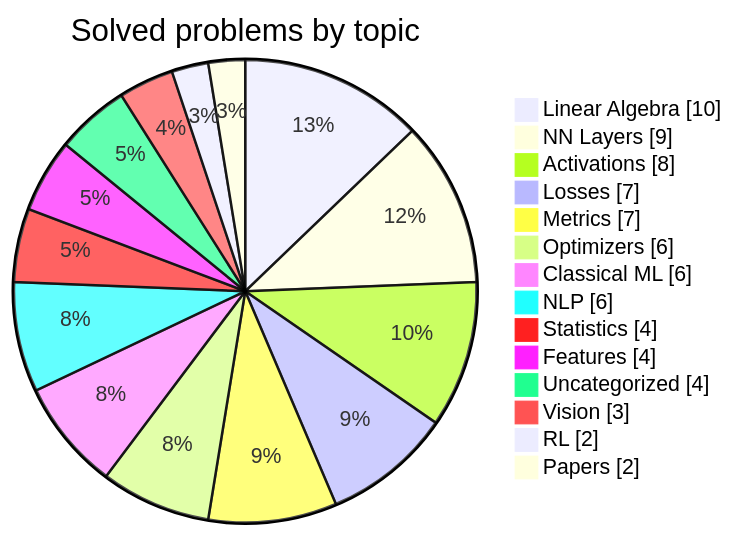
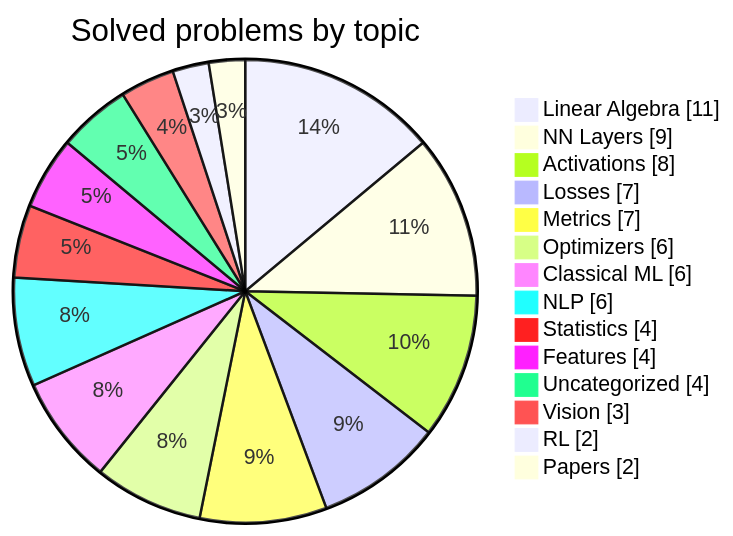
The second of 2 diagrams in README.md (HarryTrn/TensorTonic-Solutions), drawn with Mermaid before and after one commit. The commit also changed other lines of this file, not shown here.

````diff
--- a/README.md
+++ b/README.md
@@ -74,18 +74,18 @@
 ```mermaid
 pie showData
     title Solved problems by topic
-    "Linear Algebra" : 10
+    "Linear Algebra" : 11
     "NN Layers" : 9
     "Activations" : 8
     "Losses" : 7
     "Metrics" : 7
     "Optimizers" : 6
     "Classical ML" : 6
     "NLP" : 6
     "Statistics" : 4
     "Features" : 4
     "Uncategorized" : 4
     "Vision" : 3
     "RL" : 2
     "Papers" : 2
 ```
````
